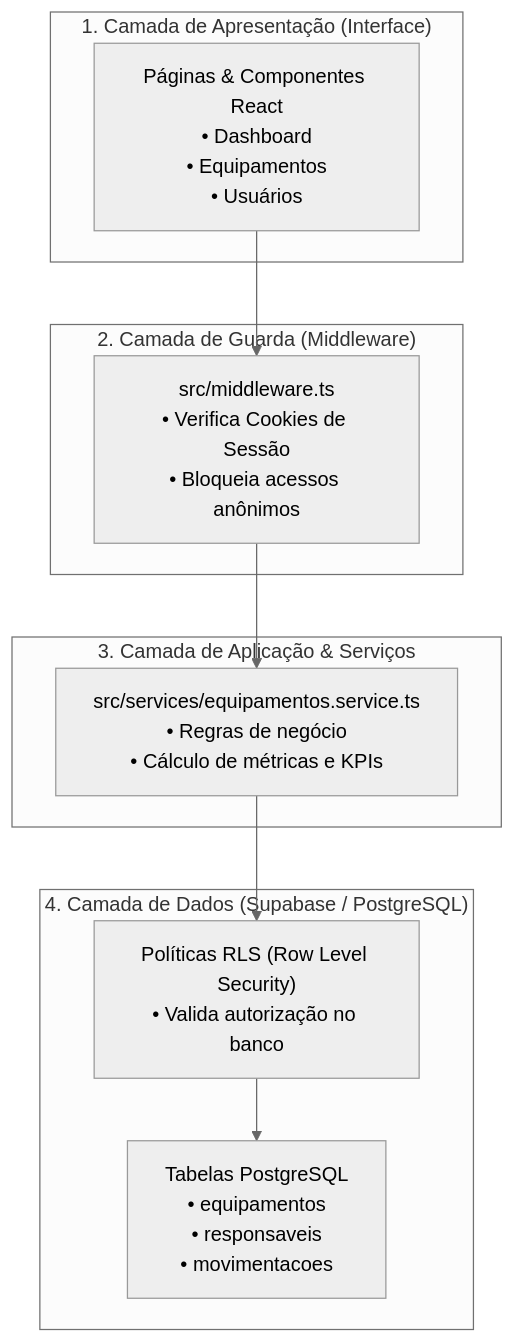
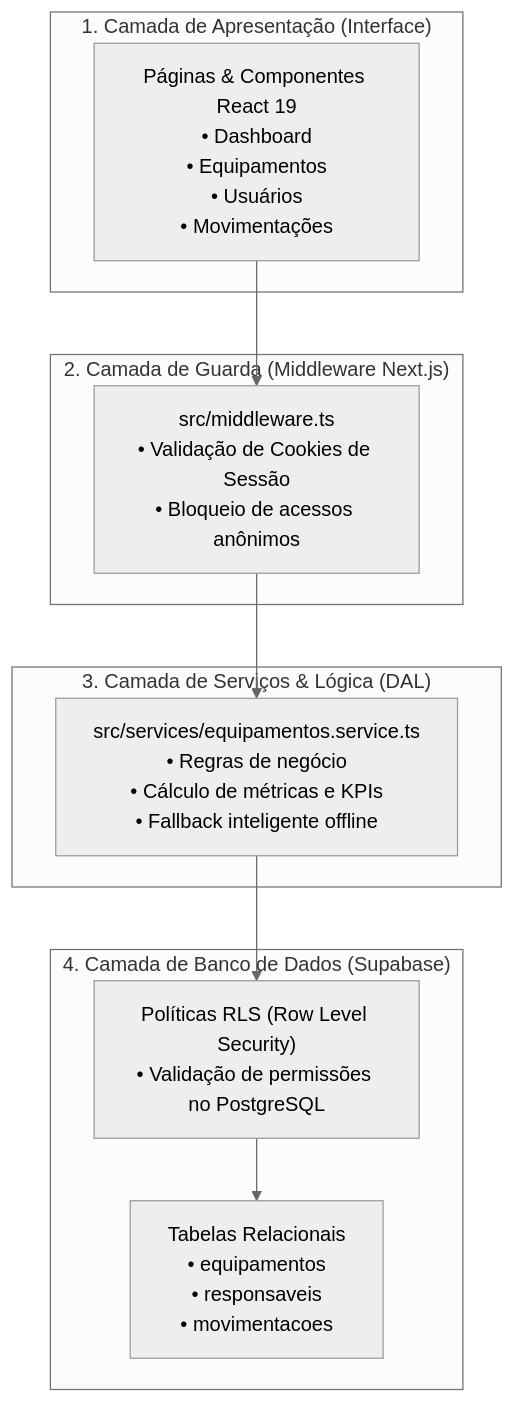
One commit to gabinethe/inventario-ti changed the second of 3 diagrams in README.md. Above: the diagram before and after it, drawn with Mermaid (neutral theme). The commit also changed other lines of this file, not shown here.

````diff
--- a/README.md
+++ b/README.md
@@ -61,24 +97,24 @@
 ```mermaid
 flowchart TD
     subgraph Frontend ["1. Camada de Apresentação (Interface)"]
-        UI["Páginas & Componentes React\n• Dashboard\n• Equipamentos\n• Usuários"]
+        UI["Páginas & Componentes React 19\n• Dashboard\n• Equipamentos\n• Usuários\n• Movimentações"]
     end
 
-    subgraph Security ["2. Camada de Guarda (Middleware)"]
-        MW["src/middleware.ts\n• Verifica Cookies de Sessão\n• Bloqueia acessos anônimos"]
+    subgraph Security ["2. Camada de Guarda (Middleware Next.js)"]
+        MW["src/middleware.ts\n• Validação de Cookies de Sessão\n• Bloqueio de acessos anônimos"]
     end
 
-    subgraph Business ["3. Camada de Aplicação & Serviços"]
-        Service["src/services/equipamentos.service.ts\n• Regras de negócio\n• Cálculo de métricas e KPIs"]
+    subgraph Business ["3. Camada de Serviços & Lógica (DAL)"]
+        Service["src/services/equipamentos.service.ts\n• Regras de negócio\n• Cálculo de métricas e KPIs\n• Fallback inteligente offline"]
     end
 
-    subgraph Database ["4. Camada de Dados (Supabase / PostgreSQL)"]
-        RLS["Políticas RLS (Row Level Security)\n• Valida autorização no banco"]
-        Tables["Tabelas PostgreSQL\n• equipamentos\n• responsaveis\n• movimentacoes"]
+    subgraph Database ["4. Camada de Banco de Dados (Supabase)"]
+        RLS["Políticas RLS (Row Level Security)\n• Validação de permissões no PostgreSQL"]
+        Tables["Tabelas Relacionais\n• equipamentos\n• responsaveis\n• movimentacoes"]
     end
 
     UI --> MW
     MW --> Service
     Service --> RLS
     RLS --> Tables
 ```
````
